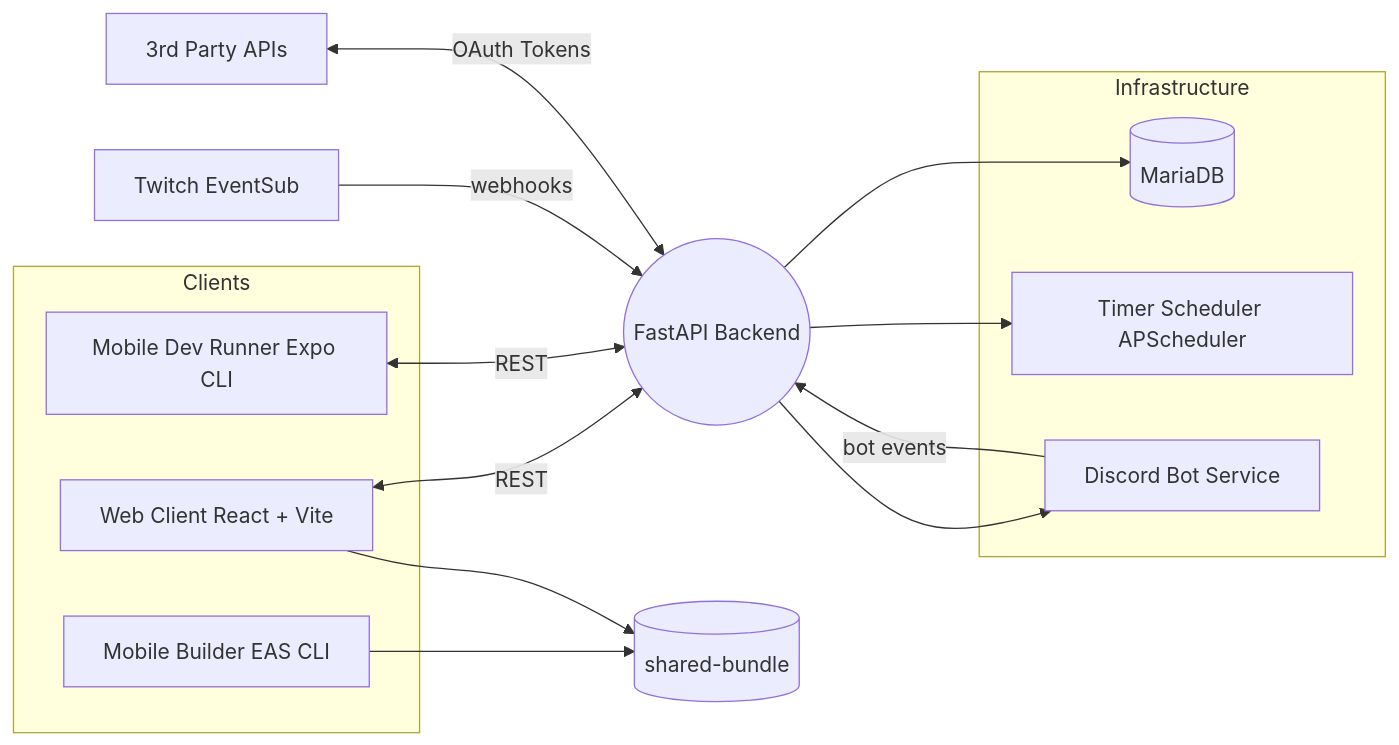
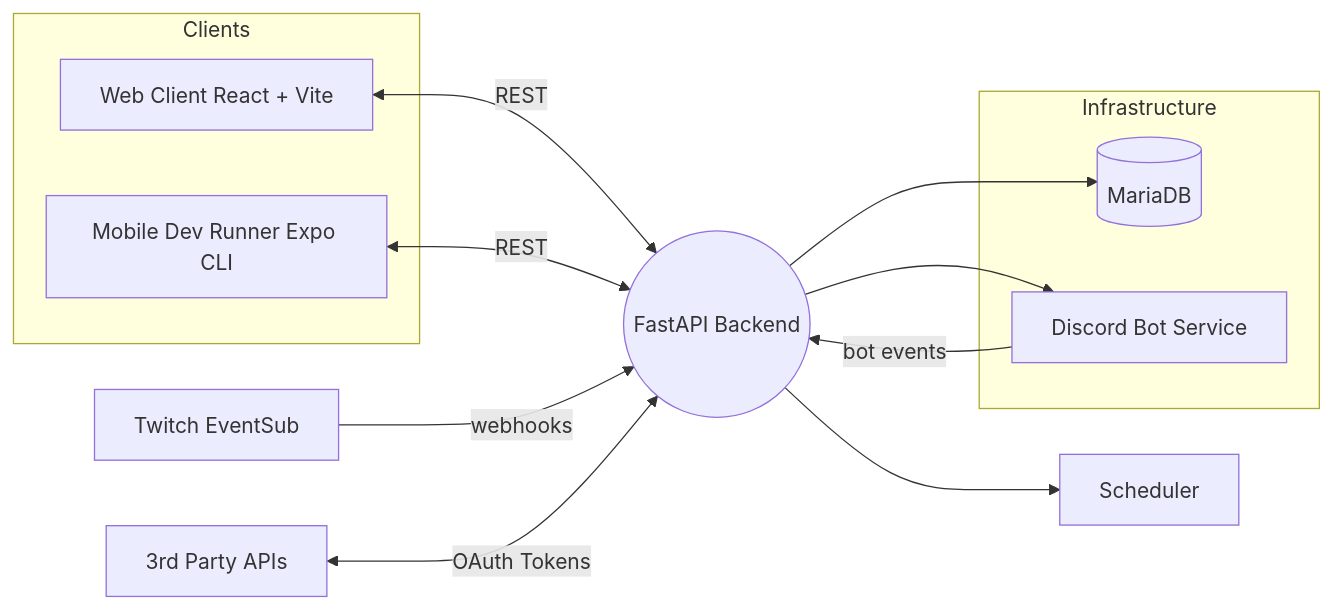
One commit to corentinPierrat/mirror-area changed the first of 2 diagrams in README.md. Above: the diagram before and after it, drawn with Mermaid.

Commit message:
Update flowchart by removing Mobile Builder and Scheduler
Removed Mobile Builder and Timer Scheduler from flowchart.

````diff
--- a/README.md
+++ b/README.md
@@ -41,26 +41,22 @@
 ```mermaid
 flowchart LR
     subgraph Clients
         Web[Web Client React + Vite]
         MobileDev[Mobile Dev Runner Expo CLI]
-        MobileBuild[Mobile Builder EAS CLI]
     end
 
     subgraph Infrastructure
         DB[(MariaDB)]
-        Scheduler[Timer Scheduler APScheduler]
         DiscordBot[Discord Bot Service]
     end
 
     Web <-- REST --> Backend
     MobileDev <-- REST --> Backend
-    MobileBuild --> SharedVolume[(shared-bundle)]
-    Web --> SharedVolume
 
     Backend((FastAPI Backend)) --> DB
     Backend --> Scheduler
     Backend --> DiscordBot
     DiscordBot -->|bot events| Backend
     Twitch[Twitch EventSub] -->|webhooks| Backend
     Gmail[3rd Party APIs] <-- OAuth Tokens --> Backend
 ```
````
